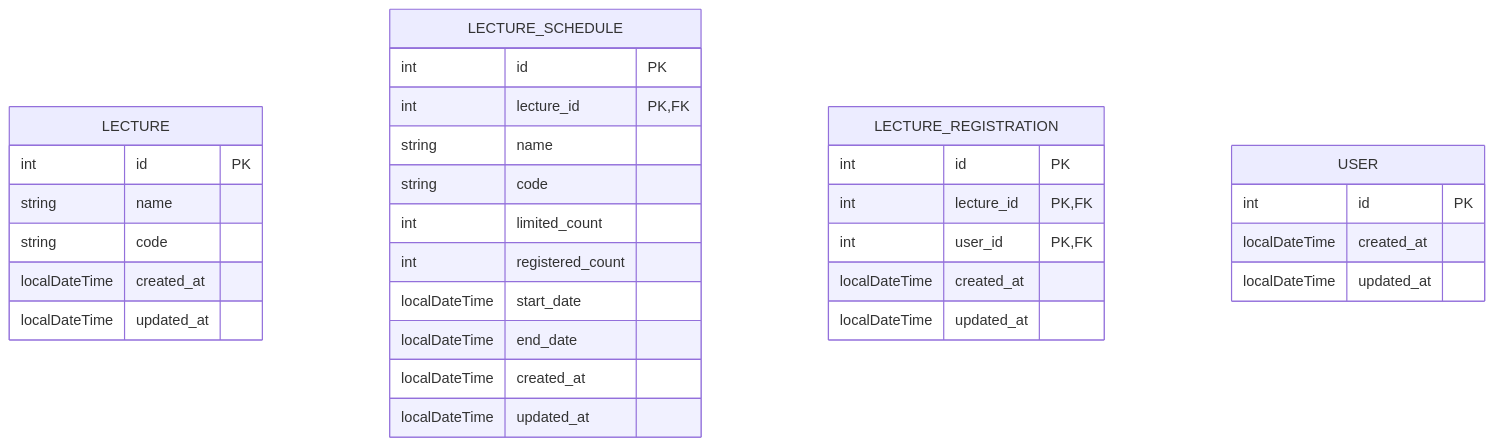
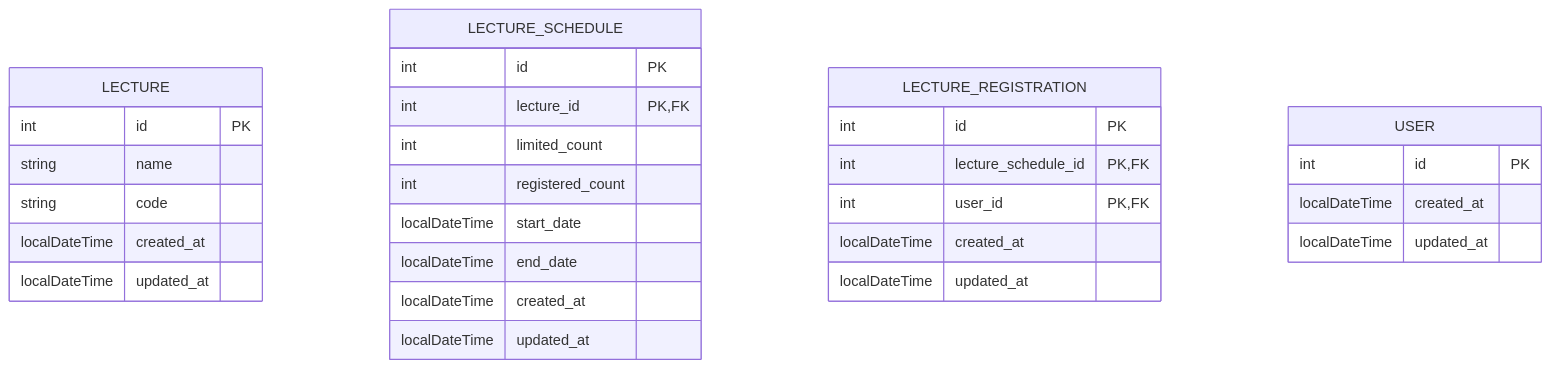
One commit to jikimee64/hhplus-lectures-java changed the diagram in README.md. Above: the diagram before and after it, drawn with Mermaid.

Commit message:
docs: 테이블 설계 수정

````diff
--- a/README.md
+++ b/README.md
@@ -18,37 +18,35 @@
 ```mermaid
 erDiagram
     LECTURE {
         int id PK
         string name
         string code
         localDateTime created_at
         localDateTime updated_at
     }
 
     LECTURE_SCHEDULE{
         int id PK
         int lecture_id PK,FK
-        string name
-        string code
         int limited_count
         int registered_count
         localDateTime start_date
         localDateTime end_date
         localDateTime created_at
         localDateTime updated_at
     }
 
     LECTURE_REGISTRATION {
         int id PK
-        int lecture_id PK,FK
+        int lecture_schedule_id PK,FK
         int user_id PK,FK
         localDateTime created_at
         localDateTime updated_at
     }
 
     USER {
         int id PK
         localDateTime created_at
         localDateTime updated_at
     }
 ```
````
